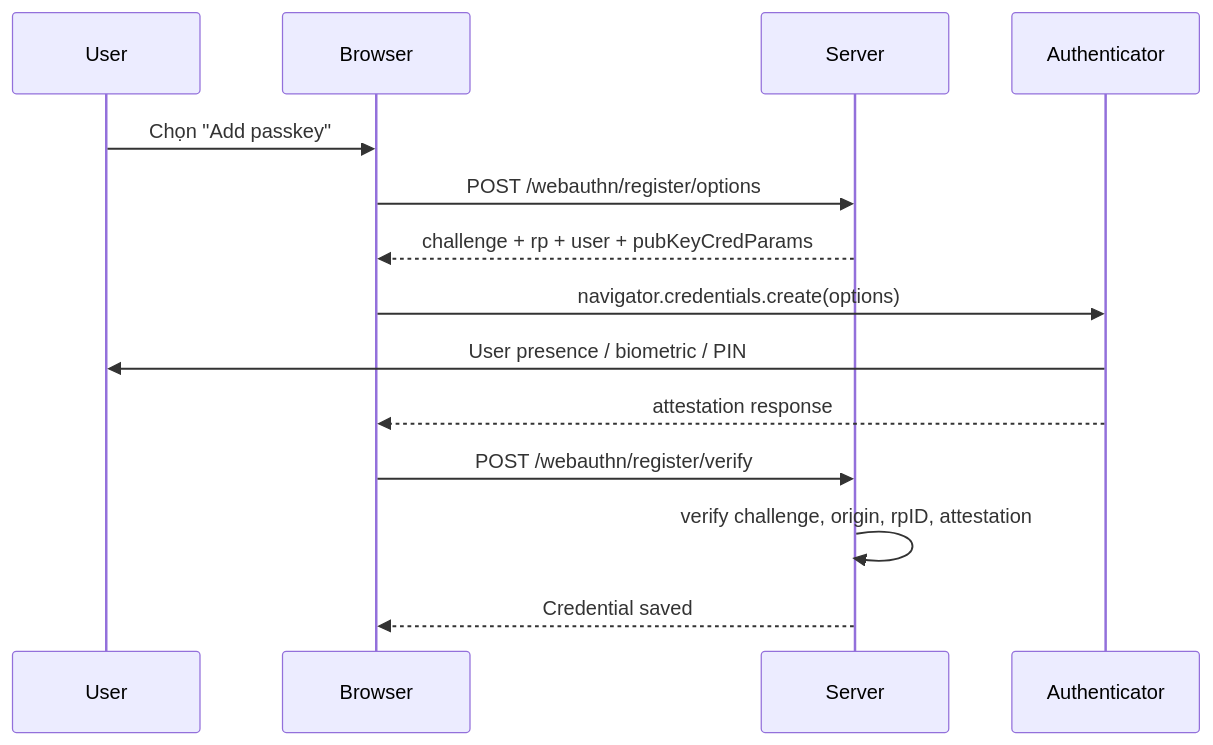
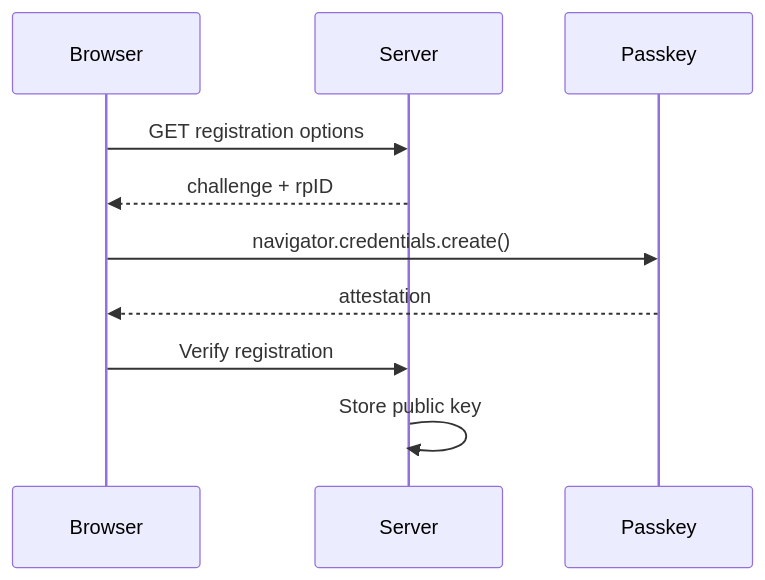
Before and after one commit to thangvd2312/thangvd2312.github.io: the third of 4 diagrams in content/posts/mfa-security-complete-guide.md, drawn with Mermaid. The commit also changed other lines of this file and 1 other file, not shown here.

````diff
--- a/content/posts/mfa-security-complete-guide.md
+++ b/content/posts/mfa-security-complete-guide.md
@@ -607,17 +362,13 @@
 ```mermaid
 sequenceDiagram
-    participant U as User
     participant B as Browser
     participant S as Server
-    participant A as Authenticator
+    participant K as Passkey
 
-    U->>B: Chọn "Add passkey"
-    B->>S: POST /webauthn/register/options
-    S-->>B: challenge + rp + user + pubKeyCredParams
-    B->>A: navigator.credentials.create(options)
-    A->>U: User presence / biometric / PIN
-    A-->>B: attestation response
-    B->>S: POST /webauthn/register/verify
-    S->>S: verify challenge, origin, rpID, attestation
-    S-->>B: Credential saved
+    B->>S: GET registration options
+    S-->>B: challenge + rpID
+    B->>K: navigator.credentials.create()
+    K-->>B: attestation
+    B->>S: Verify registration
+    S->>S: Store public key
 ```
````
